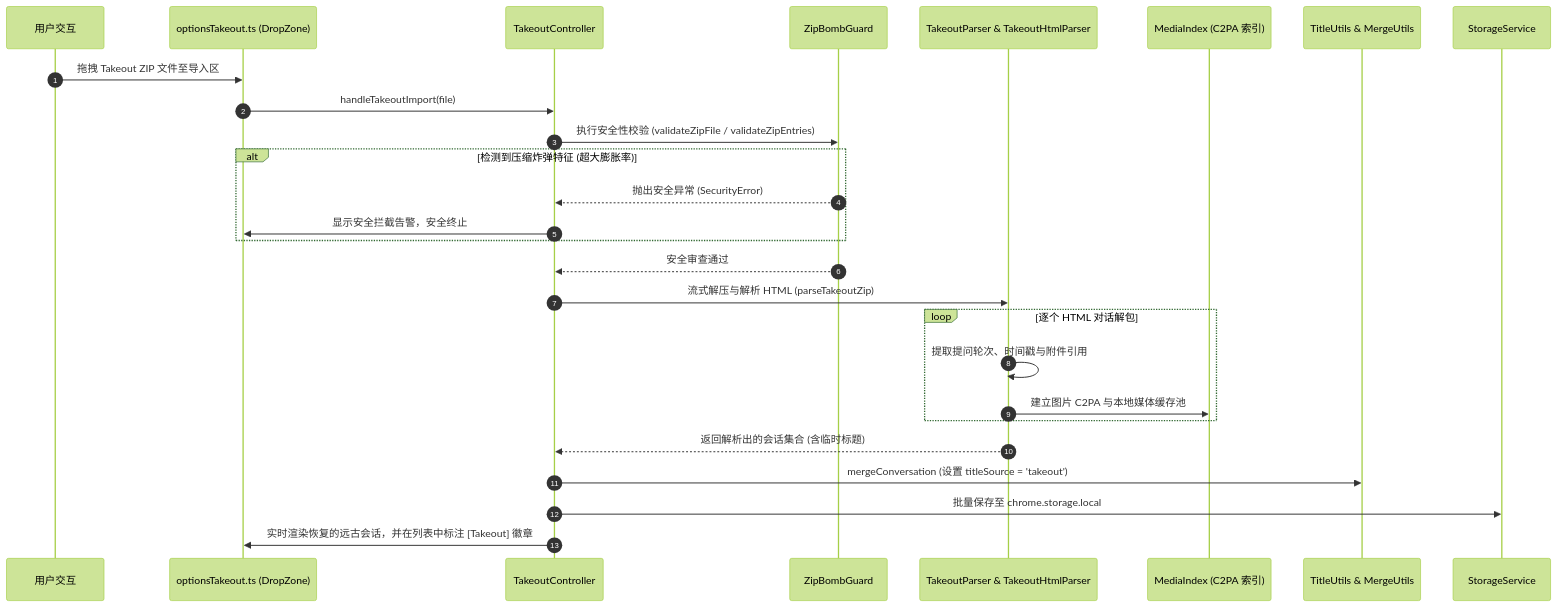
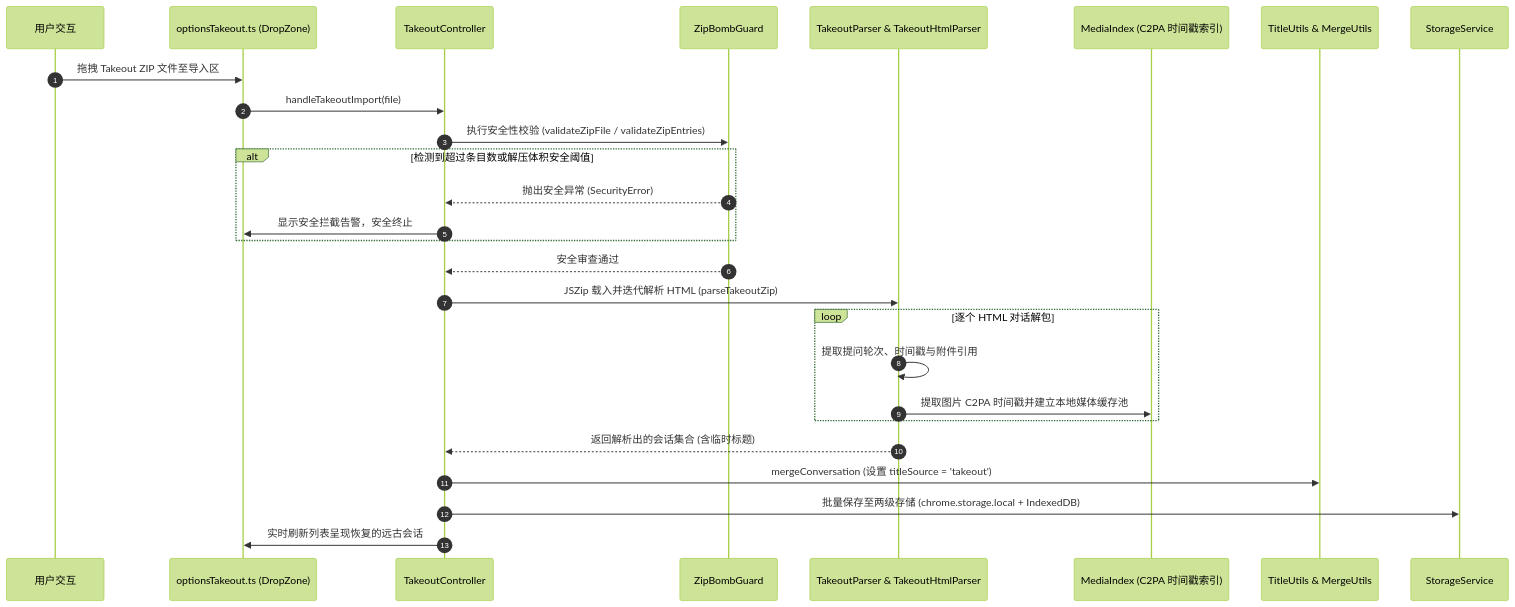
The fifth of 8 diagrams in docs/architecture.md (OTLFrostA/gemini-exporter), drawn with Mermaid (forest theme) before and after one commit. The commit also changed other lines of this file, not shown here.

Commit message:
docs(architecture): sync Mermaid architecture and sequence diagrams with 1:1 HTML export and current modules (#520)

````diff
--- a/docs/architecture.md
+++ b/docs/architecture.md
@@ -482,30 +482,30 @@
 ```mermaid
 sequenceDiagram
     autonumber
     participant User as 用户交互
     participant UI as optionsTakeout.ts (DropZone)
     participant Ctrl as TakeoutController
     participant Guard as ZipBombGuard
     participant Parser as TakeoutParser & TakeoutHtmlParser
-    participant Media as MediaIndex (C2PA 索引)
+    participant Media as MediaIndex (C2PA 时间戳索引)
     participant SSoT as TitleUtils & MergeUtils
     participant Store as StorageService
 
     User->>UI: 拖拽 Takeout ZIP 文件至导入区
     UI->>Ctrl: handleTakeoutImport(file)
     Ctrl->>Guard: 执行安全性校验 (validateZipFile / validateZipEntries)
-    alt 检测到压缩炸弹特征 (超大膨胀率)
+    alt 检测到超过条目数或解压体积安全阈值
         Guard-->>Ctrl: 抛出安全异常 (SecurityError)
         Ctrl->>UI: 显示安全拦截告警，安全终止
     end
     Guard-->>Ctrl: 安全审查通过
-    Ctrl->>Parser: 流式解压与解析 HTML (parseTakeoutZip)
+    Ctrl->>Parser: JSZip 载入并迭代解析 HTML (parseTakeoutZip)
     loop 逐个 HTML 对话解包
         Parser->>Parser: 提取提问轮次、时间戳与附件引用
-        Parser->>Media: 建立图片 C2PA 与本地媒体缓存池
+        Parser->>Media: 提取图片 C2PA 时间戳并建立本地媒体缓存池
     end
     Parser-->>Ctrl: 返回解析出的会话集合 (含临时标题)
     Ctrl->>SSoT: mergeConversation (设置 titleSource = 'takeout')
-    Ctrl->>Store: 批量保存至 chrome.storage.local
-    Ctrl->>UI: 实时渲染恢复的远古会话，并在列表中标注 [Takeout] 徽章
+    Ctrl->>Store: 批量保存至两级存储 (chrome.storage.local + IndexedDB)
+    Ctrl->>UI: 实时刷新列表呈现恢复的远古会话
 ```
````
